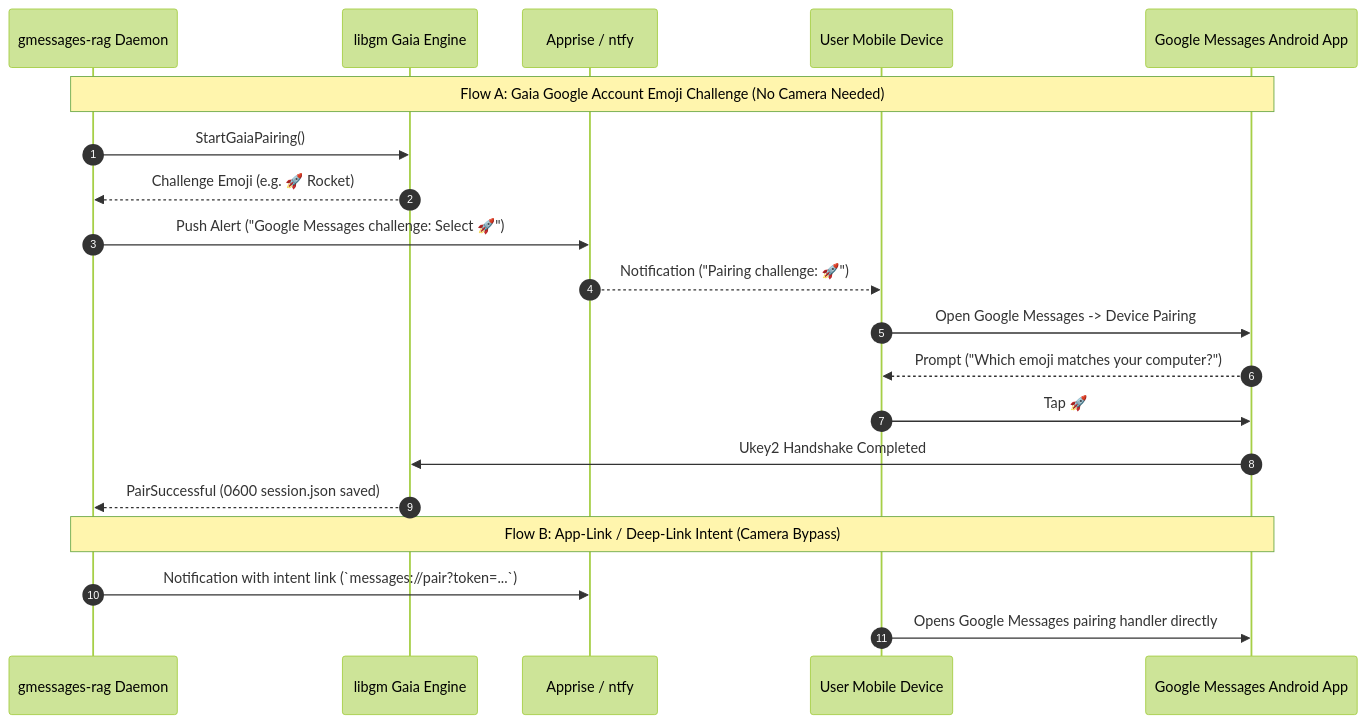
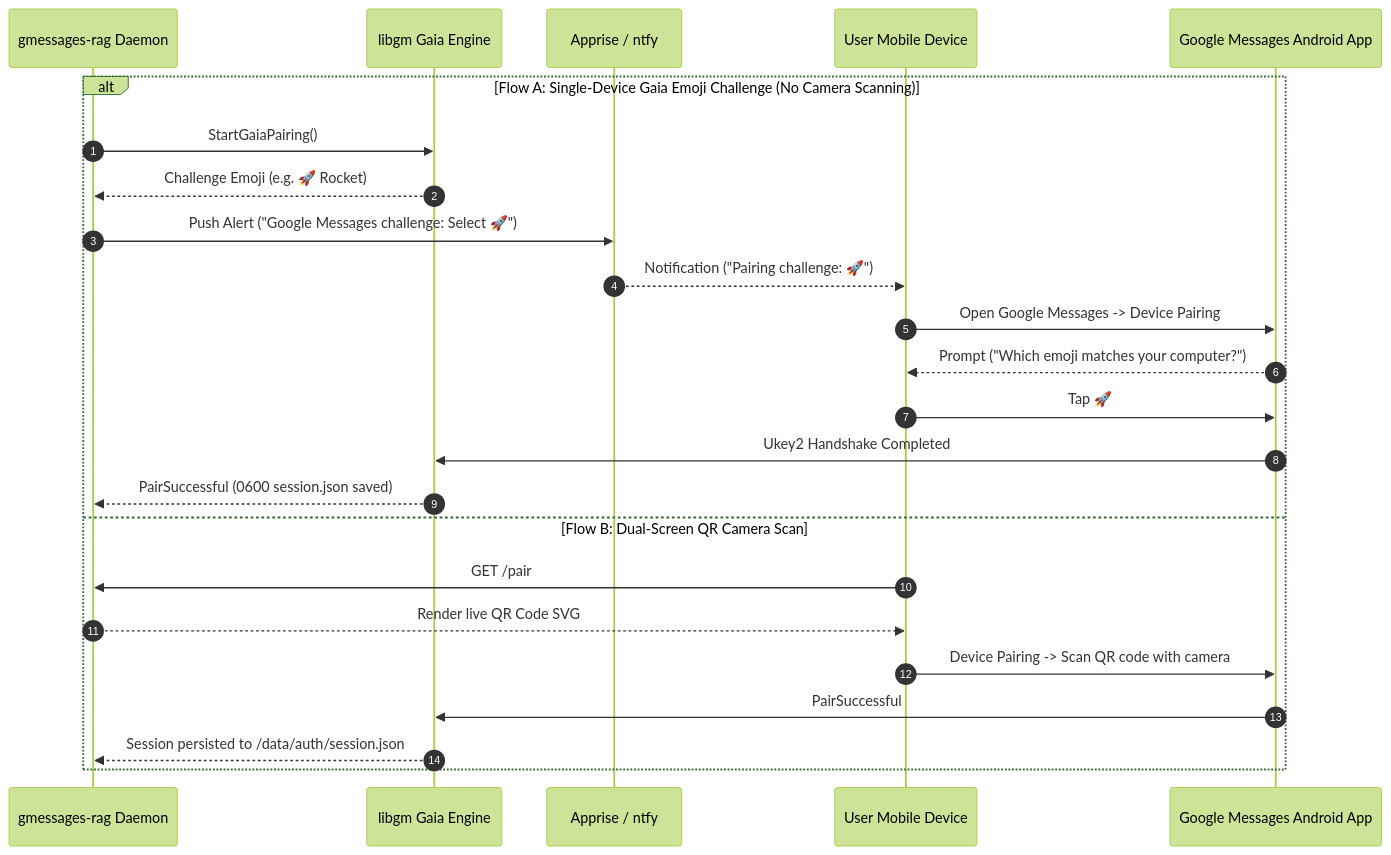
Before and after one commit to spelech/gmessage-rag: the sixth of 6 diagrams in docs/ARCHITECTURE.md, drawn with Mermaid (forest theme). The commit also changed other lines of this file and 4 other files, not shown here.

Commit message:
docs: comprehensive living documentation sweep across requirements, architecture, changelog, plan, and readme

````diff
--- a/docs/ARCHITECTURE.md
+++ b/docs/ARCHITECTURE.md
@@ -464,24 +408,27 @@
 ```mermaid
 sequenceDiagram
     autonumber
     participant Daemon as gmessages-rag Daemon
     participant LibGM as libgm Gaia Engine
     participant Push as Apprise / ntfy
     participant Phone as User Mobile Device
     participant GMApp as Google Messages Android App
 
-    Note over Daemon,GMApp: Flow A: Gaia Google Account Emoji Challenge (No Camera Needed)
-    Daemon->>LibGM: StartGaiaPairing()
-    LibGM-->>Daemon: Challenge Emoji (e.g. 🚀 Rocket)
-    Daemon->>Push: Push Alert ("Google Messages challenge: Select 🚀")
-    Push-->>Phone: Notification ("Pairing challenge: 🚀")
-    Phone->>GMApp: Open Google Messages -> Device Pairing
-    GMApp-->>Phone: Prompt ("Which emoji matches your computer?")
-    Phone->>GMApp: Tap 🚀
-    GMApp->>LibGM: Ukey2 Handshake Completed
-    LibGM-->>Daemon: PairSuccessful (0600 session.json saved)
-
-    Note over Daemon,GMApp: Flow B: App-Link / Deep-Link Intent (Camera Bypass)
-    Daemon->>Push: Notification with intent link (`messages://pair?token=...`)
-    Phone->>GMApp: Opens Google Messages pairing handler directly
+    alt Flow A: Single-Device Gaia Emoji Challenge (No Camera Scanning)
+        Daemon->>LibGM: StartGaiaPairing()
+        LibGM-->>Daemon: Challenge Emoji (e.g. 🚀 Rocket)
+        Daemon->>Push: Push Alert ("Google Messages challenge: Select 🚀")
+        Push-->>Phone: Notification ("Pairing challenge: 🚀")
+        Phone->>GMApp: Open Google Messages -> Device Pairing
+        GMApp-->>Phone: Prompt ("Which emoji matches your computer?")
+        Phone->>GMApp: Tap 🚀
+        GMApp->>LibGM: Ukey2 Handshake Completed
+        LibGM-->>Daemon: PairSuccessful (0600 session.json saved)
+    else Flow B: Dual-Screen QR Camera Scan
+        Phone->>Daemon: GET /pair
+        Daemon-->>Phone: Render live QR Code SVG
+        Phone->>GMApp: Device Pairing -> Scan QR code with camera
+        GMApp->>LibGM: PairSuccessful
+        LibGM-->>Daemon: Session persisted to /data/auth/session.json
+    end
 ```
````
